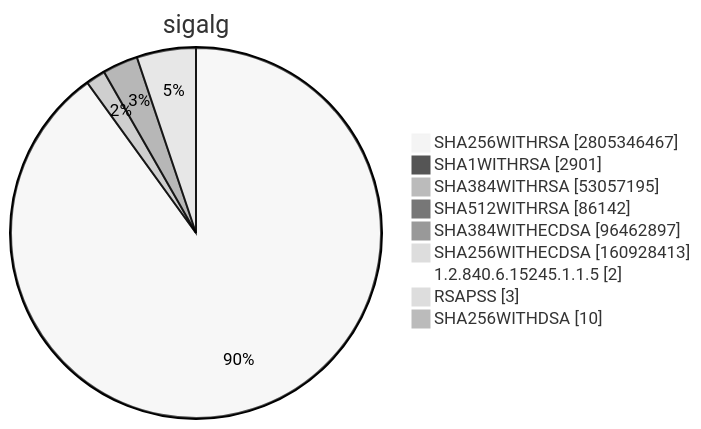
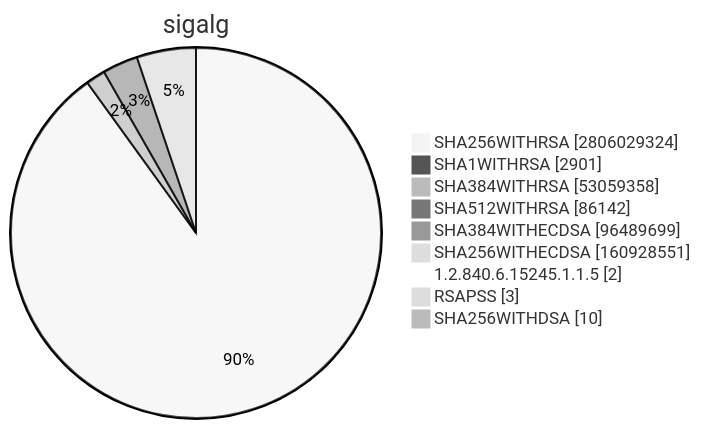
Diagram 15 of 15 in TOTAL/README.md (christiankrug/ctmonitor_visualization), drawn with Mermaid (neutral theme) before and after one commit. The commit also changed other lines of this file, not shown here.

````diff
--- a/TOTAL/README.md
+++ b/TOTAL/README.md
@@ -6207,13 +6207,13 @@
 ```mermaid
 pie showData
 title sigalg
-"SHA256WITHRSA" :2805346467
+"SHA256WITHRSA" :2806029324
 "SHA1WITHRSA" :2901
-"SHA384WITHRSA" :53057195
+"SHA384WITHRSA" :53059358
 "SHA512WITHRSA" :86142
-"SHA384WITHECDSA" :96462897
-"SHA256WITHECDSA" :160928413
+"SHA384WITHECDSA" :96489699
+"SHA256WITHECDSA" :160928551
 "1.2.840.6.15245.1.1.5" :2
 "RSAPSS" :3
 "SHA256WITHDSA" :10
 ```
````
